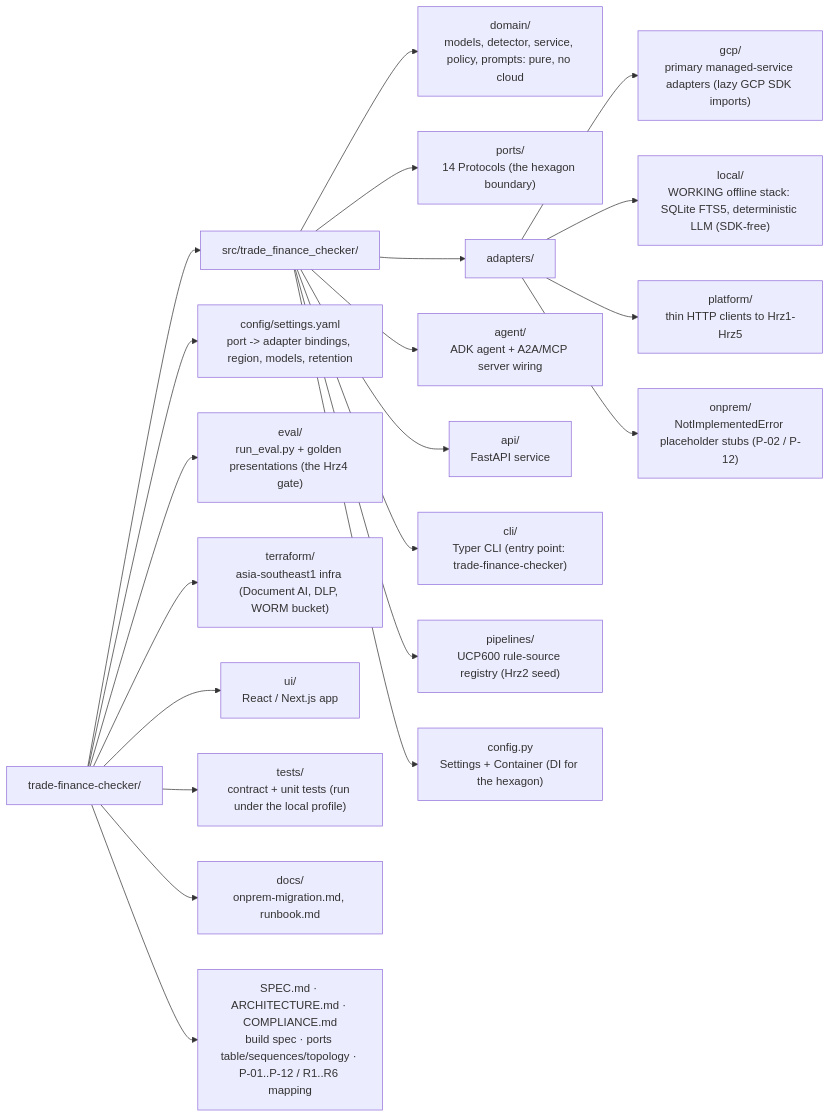
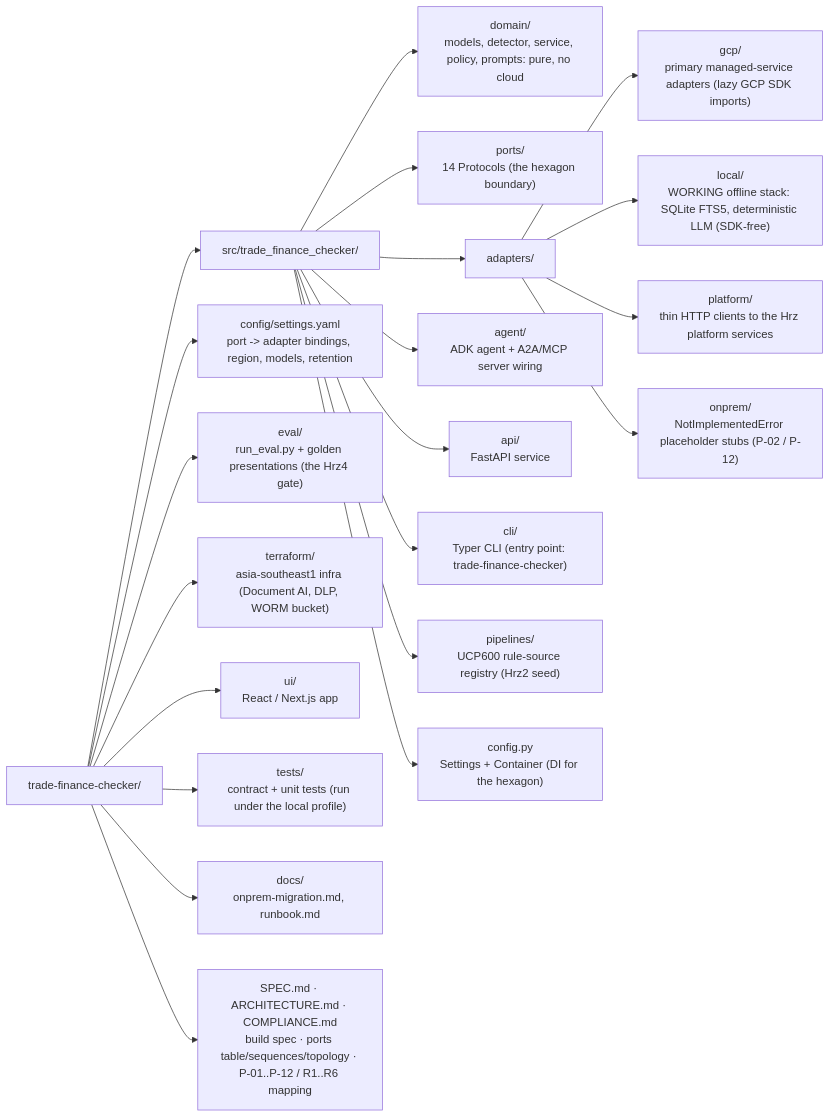
Before and after one commit to portable-genai/trade-finance-checker: the third of 3 diagrams in README.md, drawn with Mermaid. The commit also changed other lines of this file and 3 other files, not shown here.

````diff
--- a/README.md
+++ b/README.md
@@ -360,45 +367,45 @@
 ```mermaid
 flowchart LR
     root["trade-finance-checker/"]
     src["src/trade_finance_checker/"]
     domain["domain/<br/>models, detector, service, policy, prompts: pure, no cloud"]
     ports["ports/<br/>14 Protocols (the hexagon boundary)"]
     adapters["adapters/"]
     gcp["gcp/<br/>primary managed-service adapters (lazy GCP SDK imports)"]
     local["local/<br/>WORKING offline stack: SQLite FTS5, deterministic LLM (SDK-free)"]
-    platform["platform/<br/>thin HTTP clients to Hrz1-Hrz5"]
+    platform["platform/<br/>thin HTTP clients to the Hrz platform services"]
     onprem["onprem/<br/>NotImplementedError placeholder stubs (P-02 / P-12)"]
     agent["agent/<br/>ADK agent + A2A/MCP server wiring"]
     api["api/<br/>FastAPI service"]
     cli["cli/<br/>Typer CLI (entry point: trade-finance-checker)"]
     pipelines["pipelines/<br/>UCP600 rule-source registry (Hrz2 seed)"]
     srcconfig["config.py<br/>Settings + Container (DI for the hexagon)"]
     config["config/settings.yaml<br/>port -> adapter bindings, region, models, retention"]
     eval["eval/<br/>run_eval.py + golden presentations (the Hrz4 gate)"]
     terraform["terraform/<br/>asia-southeast1 infra (Document AI, DLP, WORM bucket)"]
     ui["ui/<br/>React / Next.js app"]
     tests["tests/<br/>contract + unit tests (run under the local profile)"]
     docs["docs/<br/>onprem-migration.md, runbook.md"]
     topdocs["SPEC.md · ARCHITECTURE.md · COMPLIANCE.md<br/>build spec · ports table/sequences/topology · P-01..P-12 / R1..R6 mapping"]
 
     root --> src
     src --> domain
     src --> ports
     src --> adapters
     adapters --> gcp
     adapters --> local
     adapters --> platform
     adapters --> onprem
     src --> agent
     src --> api
     src --> cli
     src --> pipelines
     src --> srcconfig
     root --> config
     root --> eval
     root --> terraform
     root --> ui
     root --> tests
     root --> docs
     root --> topdocs
 ```
````
